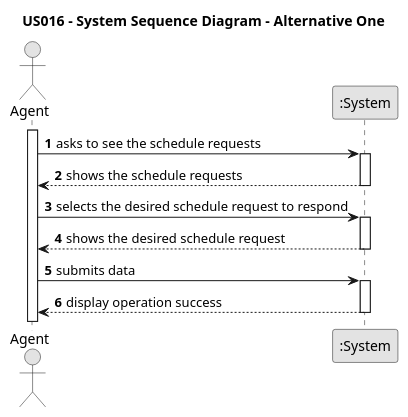
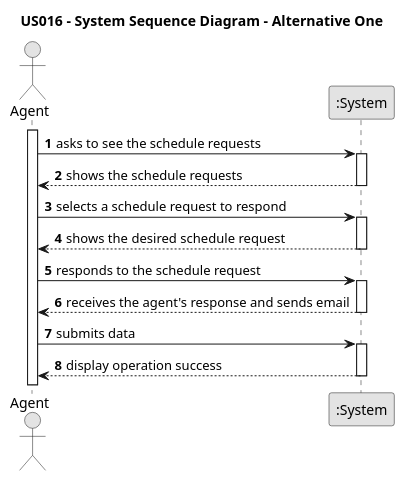
Before and after one commit to PureNimble/ISEP-LAPR2: the diagram in docs/sprintD/US016/01.requirements-engineering/puml/us016-system-sequence-diagram-alternative-one.puml, drawn with PlantUML. The commit also changed 30 other files, not shown here.

First line of the commit message:
US016 - - Updates to OfferRepositoryTest, OfferTest and PlaceOfferControllerTest. - Updates to Design Readme.md. - Added configuration file. - Updates made to Sequence Diagram Full and System Sequence Diagram Alternative One. - SVG Previews.

```diff
--- a/docs/sprintD/US016/01.requirements-engineering/puml/us016-system-sequence-diagram-alternative-one.puml
+++ b/docs/sprintD/US016/01.requirements-engineering/puml/us016-system-sequence-diagram-alternative-one.puml
@@ -1,34 +1,40 @@
 @startuml
 
 skinparam monochrome true
 skinparam packageStyle rectangle
 skinparam shadowing false
 
 title US016 - System Sequence Diagram - Alternative One
 
 autonumber
 
 actor "Agent" as Agent
 participant ":System" as System
 
 activate Agent
 
 Agent -> System : asks to see the schedule requests
 activate System
 
 System --> Agent : shows the schedule requests
 deactivate System
 
-Agent -> System : selects the desired schedule request to respond
+Agent -> System : selects a schedule request to respond
 activate System
 
 System --> Agent : shows the desired schedule request
+deactivate System
+
+Agent -> System : responds to the schedule request
+activate System
+
+System --> Agent : receives the agent's response and sends email
 deactivate System
 
 Agent -> System : submits data
 activate System
 
 System --> Agent : display operation success
 deactivate System
 
 @enduml
```
